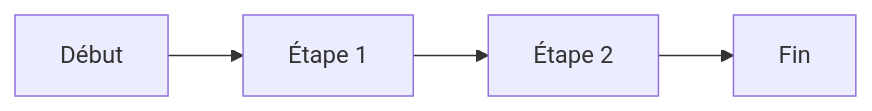
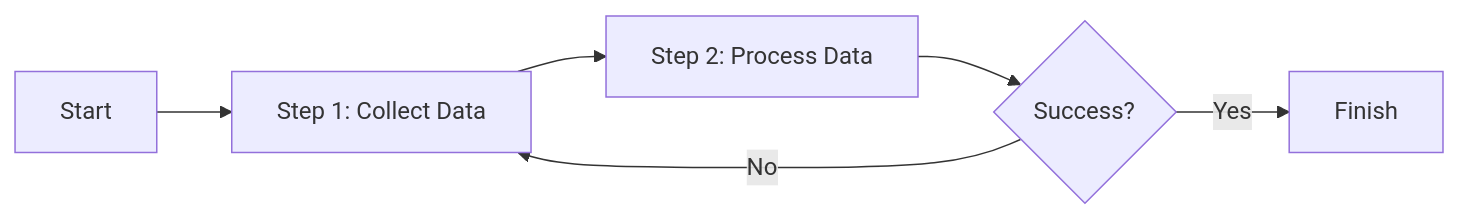
The diagram in book/markdown.md (GwenaelCaer/doc-jupyterbook-template), drawn with Mermaid before and after one commit. The commit also changed other lines of this file, not shown here.

````diff
--- a/book/markdown.md
+++ b/book/markdown.md
@@ -92,6 +104,8 @@
 ```{mermaid}
 graph LR
-    A[Début] --> B[Étape 1]
-    B --> C[Étape 2]
-    C --> D[Fin]
+    A[Start] --> B[Step 1: Collect Data]
+    B --> C[Step 2: Process Data]
+    C --> D{Success?}
+    D -->|Yes| E[Finish]
+    D -->|No| B
 ```
````
